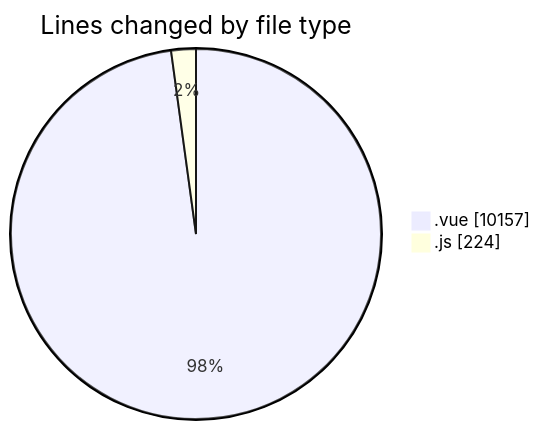
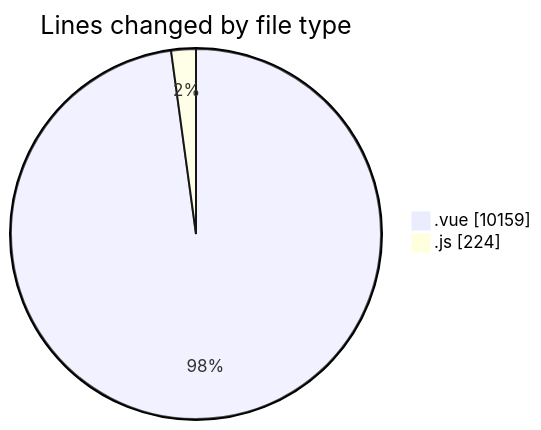
Before and after one commit to lephambinh05/code-tracking: the first of 2 diagrams in 2025-08-14/rentotp/README.md, drawn with Mermaid. The commit also changed other lines of this file and 1 other file, not shown here.

````diff
--- a/2025-08-14/rentotp/README.md
+++ b/2025-08-14/rentotp/README.md
@@ -25,6 +25,6 @@
 ```mermaid
 pie showData
 title Lines changed by file type
-".vue" : 10157
+".vue" : 10159
 ".js" : 224
 ```
````
